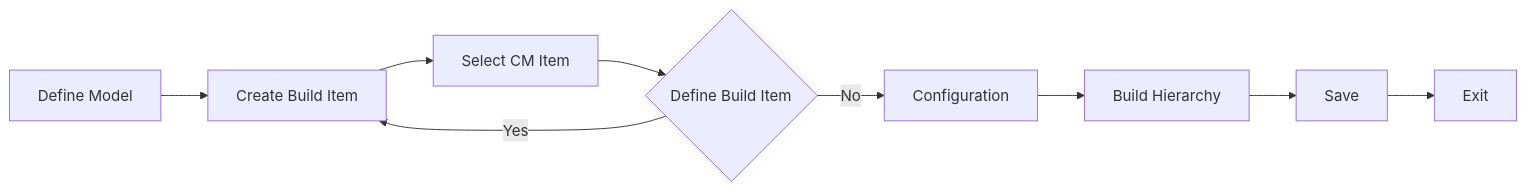
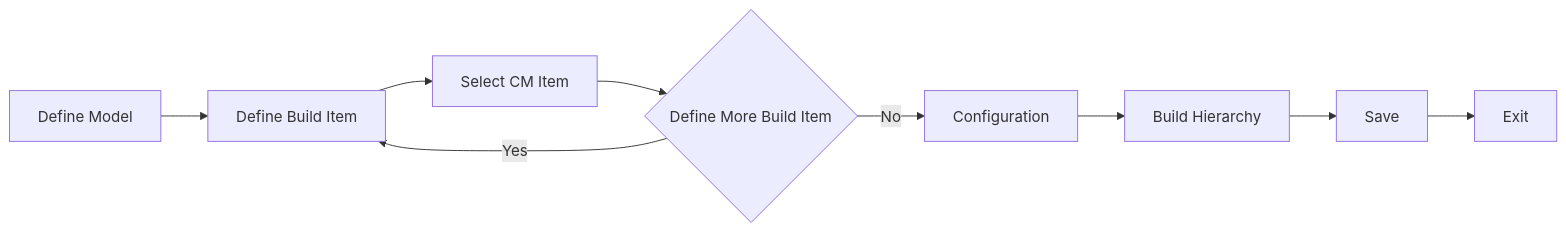
One commit to codersyacht/maximo-knowledge-center changed the diagram in maximo/docs/asset-configuration-manager/models(cm)/models(cm).md. Above: the diagram before and after it, drawn with Mermaid.

Commit message:
models(cm).md

````diff
--- a/maximo/docs/asset-configuration-manager/models(cm)/models(cm).md
+++ b/maximo/docs/asset-configuration-manager/models(cm)/models(cm).md
@@ -16,11 +16,11 @@
 ```mermaid
 graph LR
-A[Define Model] --> B[Create Build Item]
+A[Define Model] --> B[Define Build Item]
 B --> C[Select CM Item]
-C --> D{Define Build Item}
+C --> D{Define More Build Item}
 D -->|Yes|B
 D -->|No| E[Configuration]
 E --> F[Build Hierarchy]
 F --> G[Save]
 G --> H[Exit]
 ```
````
